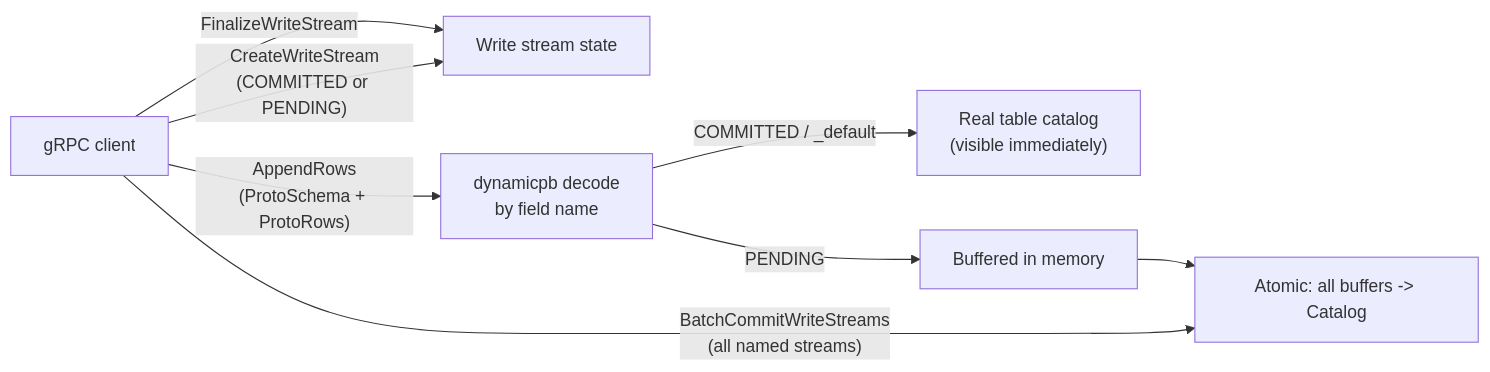
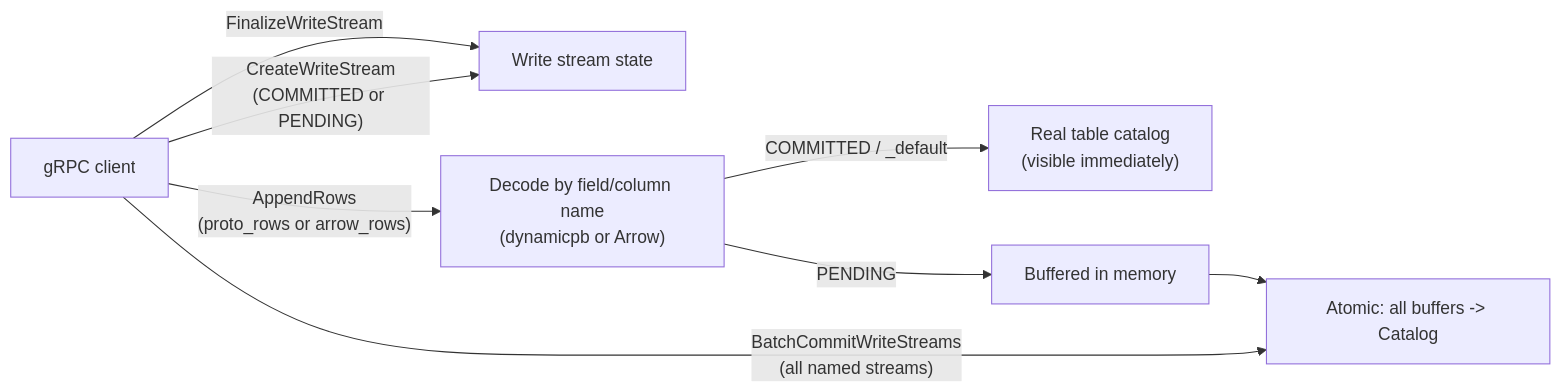
Before and after one commit to lraigosov/LocaQL: the tenth of 11 diagrams in README.md, drawn with Mermaid. The commit also changed other lines of this file and 28 other files, not shown here.

````diff
--- a/README.md
+++ b/README.md
@@ -774,10 +802,10 @@
 ```mermaid
 flowchart LR
 	Client["gRPC client"] -->|"CreateWriteStream\n(COMMITTED or PENDING)"| Stream["Write stream state"]
-	Client -->|"AppendRows\n(ProtoSchema + ProtoRows)"| Decode["dynamicpb decode\nby field name"]
+	Client -->|"AppendRows\n(proto_rows or arrow_rows)"| Decode["Decode by field/column name\n(dynamicpb or Arrow)"]
 	Decode -->|COMMITTED / _default| Catalog["Real table catalog\n(visible immediately)"]
 	Decode -->|PENDING| Buffer["Buffered in memory"]
 	Client -->|FinalizeWriteStream| Stream
 	Client -->|"BatchCommitWriteStreams\n(all named streams)"| Commit["Atomic: all buffers -> Catalog"]
 	Buffer --> Commit
 ```
````
